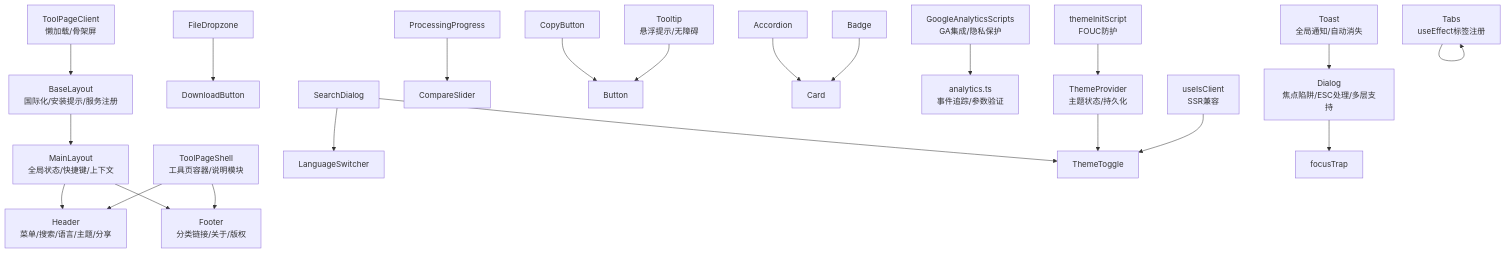
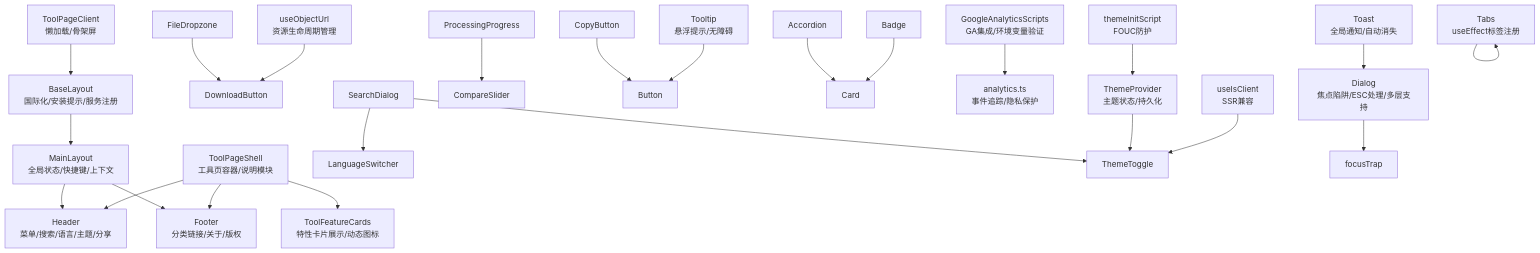
Before and after one commit to sgyy/privadeck: the second of 12 diagrams in .qoder/repowiki/zh/content/UI组件系统/UI组件系统.md, drawn with Mermaid. The commit also changed other lines of this file and 4 other files, not shown here.

````diff
--- a/.qoder/repowiki/zh/content/UI组件系统/UI组件系统.md
+++ b/.qoder/repowiki/zh/content/UI组件系统/UI组件系统.md
@@ -244,24 +265,26 @@
 ```mermaid
 graph TB
 ML["MainLayout<br/>全局状态/快捷键/上下文"] --> HDR["Header<br/>菜单/搜索/语言/主题/分享"]
 ML --> FTR["Footer<br/>分类链接/关于/版权"]
 BL["BaseLayout<br/>国际化/安装提示/服务注册"] --> ML
 TPS["ToolPageShell<br/>工具页容器/说明模块"] --> HDR
 TPS --> FTR
+TPS --> TFC["ToolFeatureCards<br/>特性卡片展示/动态图标"]
 TPC["ToolPageClient<br/>懒加载/骨架屏"] --> BL
 FDZ["FileDropzone"] --> DNB["DownloadButton"]
 SDI["SearchDialog"] --> LSW["LanguageSwitcher"]
 SDI --> TMT["ThemeToggle"]
 PPG["ProcessingProgress"] --> CMP["CompareSlider"]
 CPB["CopyButton"] --> BTN["Button"]
 ACC["Accordion"] --> CAR["Card"]
 BAD["Badge"] --> CAR
 TAB["Tabs<br/>useEffect标签注册"] --> TAB
-GAS["GoogleAnalyticsScripts<br/>GA集成/隐私保护"] --> ANL["analytics.ts<br/>事件追踪/参数验证"]
+GAS["GoogleAnalyticsScripts<br/>GA集成/环境变量验证"] --> ANL["analytics.ts<br/>事件追踪/隐私保护"]
 TPR["ThemeProvider<br/>主题状态/持久化"] --> TMT
 TIS["themeInitScript<br/>FOUC防护"] --> TPR
 UIC["useIsClient<br/>SSR兼容"] --> TMT
+UOU["useObjectUrl<br/>资源生命周期管理"] --> DNB
 DLG["Dialog<br/>焦点陷阱/ESC处理/多层支持"] --> FT["focusTrap"]
 TST["Toast<br/>全局通知/自动消失"] --> DLG
 TTP["Tooltip<br/>悬浮提示/无障碍"] --> BTN
 ```
````
